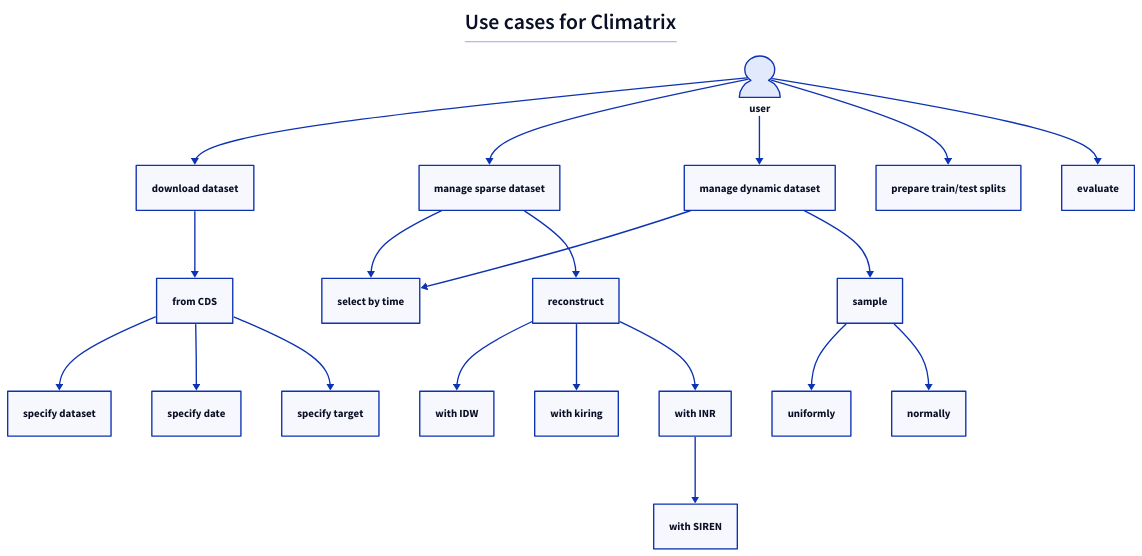
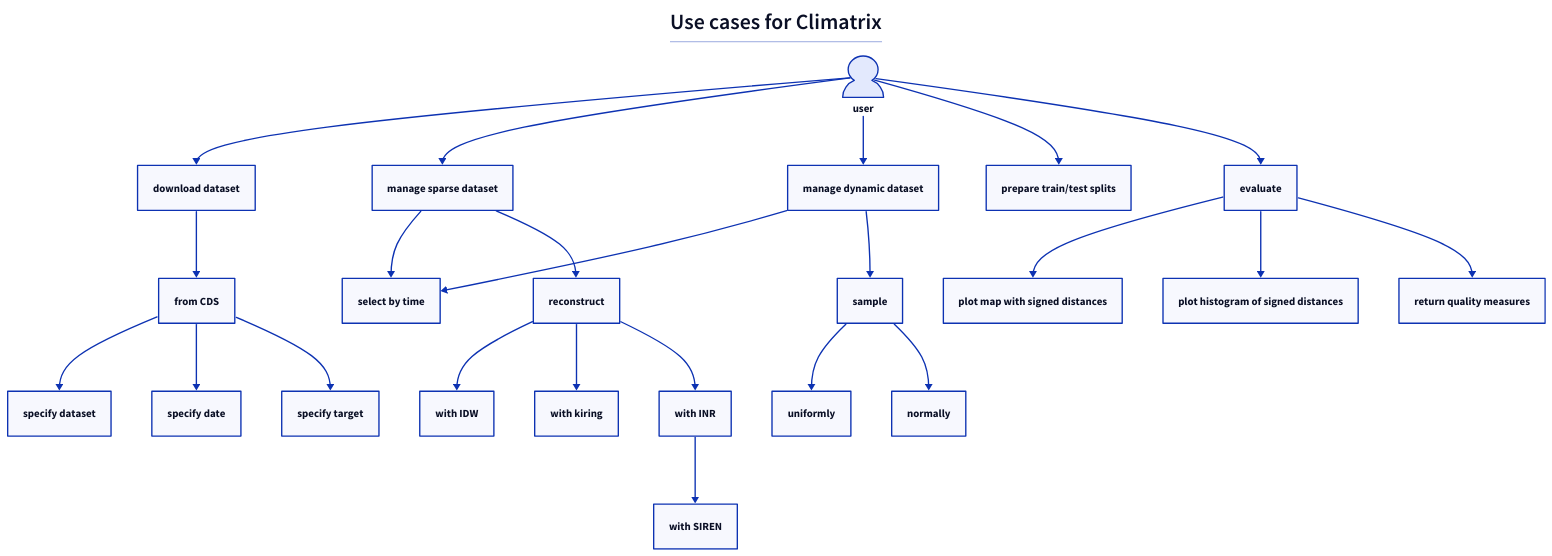
One commit to jamesWalczak/climatrix changed the diagram in docs/diagrams/use_case.d2. Above: the diagram before and after it, drawn with D2. The commit also changed 13 other files, not shown here.

```diff
--- a/docs/diagrams/use_case.d2
+++ b/docs/diagrams/use_case.d2
@@ -1,38 +1,41 @@
 title: |md
 
   # Use cases for Climatrix
 
 | {near: top-center}
 user: {
     shape: person
     width: 60
   }
 
 user -> download dataset
 download dataset -> from CDS
 
 from CDS -> specify dataset
 from CDS -> specify date
 from CDS -> specify target
 
 user -> manage sparse dataset
 user -> manage dynamic dataset
 
 manage sparse dataset -> select by time
 manage dynamic dataset -> select by time
 
 manage dynamic dataset -> sample
 
 sample -> uniformly
 sample -> normally
 
 manage sparse dataset -> reconstruct
 
 reconstruct -> with IDW
 reconstruct -> with kiring
 reconstruct -> with INR
 
 with INR -> with SIREN
 
 user -> prepare train/test splits
 user -> evaluate
+evaluate -> plot map with signed distances
+evaluate -> plot histogram of signed distances
+evaluate -> return quality measures
```
